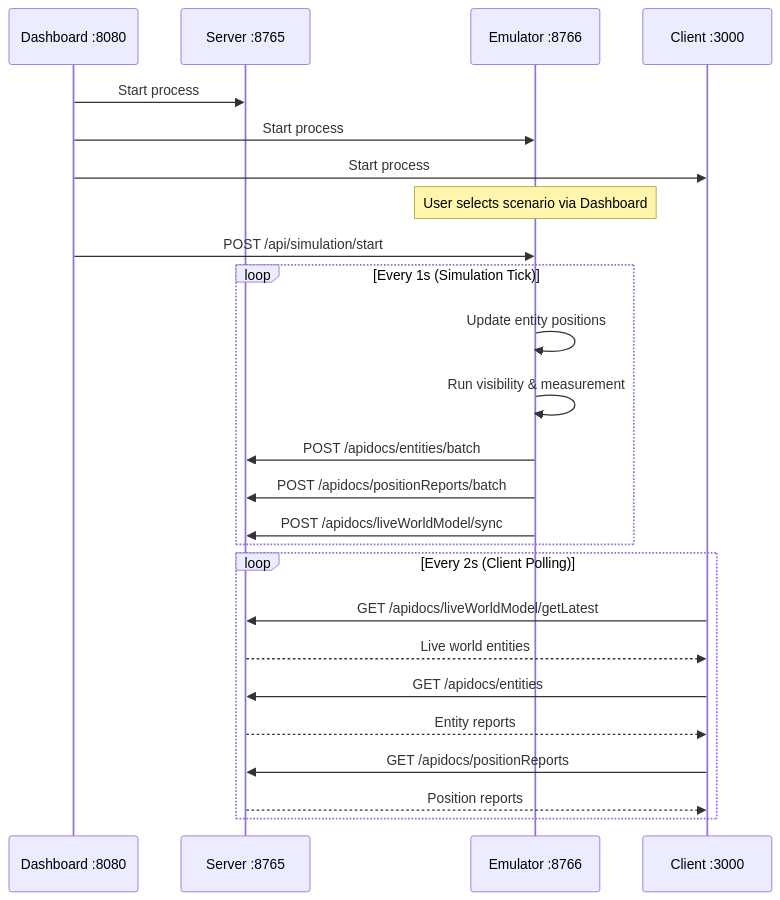
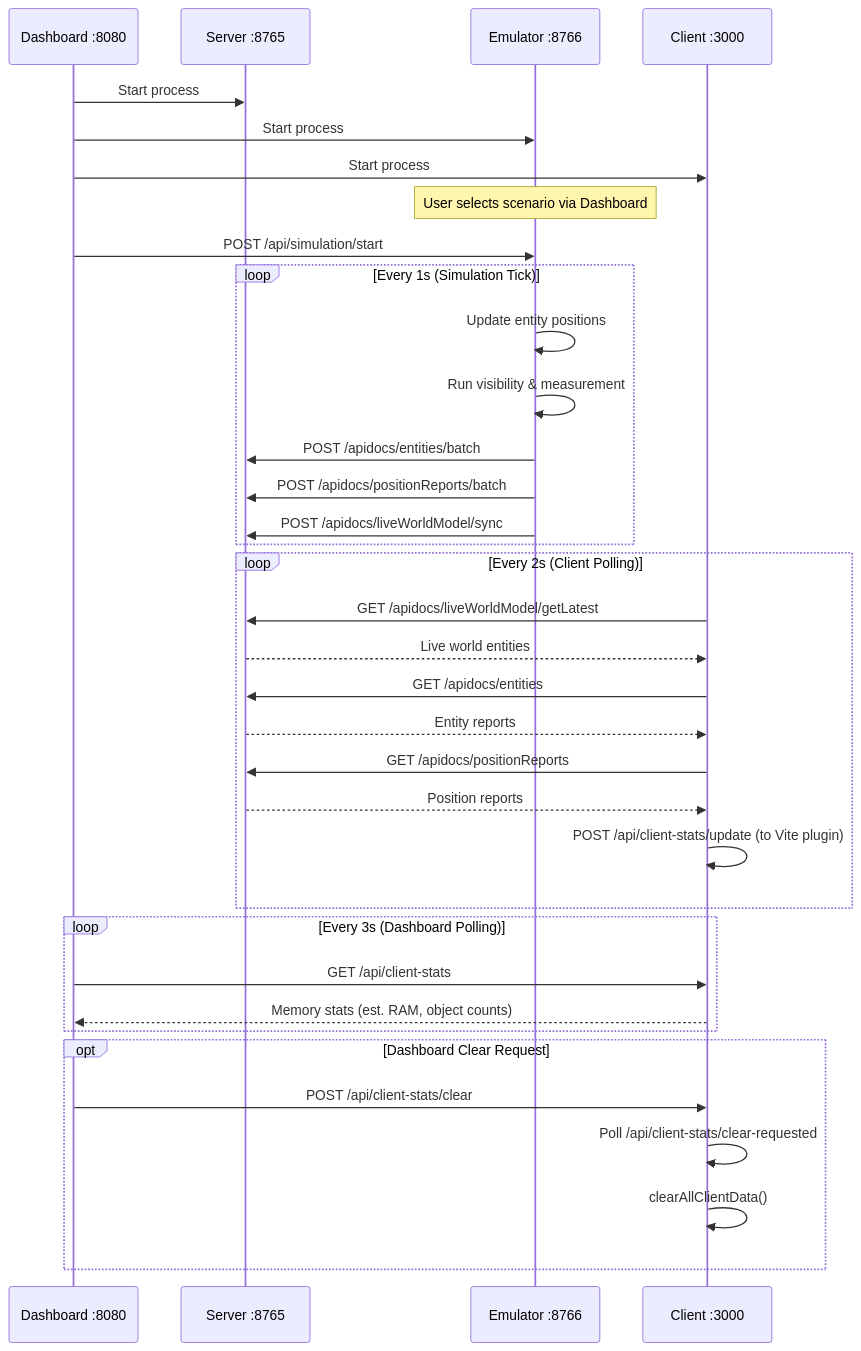
The second of 2 diagrams in docs/system-architecture-diagram.md (ericpauls/disco_workspace), drawn with Mermaid before and after one commit. The commit also changed other lines of this file and 3 other files, not shown here.

First line of the commit message:
feat: Add client stats display and clear controls to dashboard

````diff
--- a/docs/system-architecture-diagram.md
+++ b/docs/system-architecture-diagram.md
@@ -76,32 +78,44 @@
 ```mermaid
 sequenceDiagram
     participant D as Dashboard :8080
     participant S as Server :8765
     participant E as Emulator :8766
     participant C as Client :3000
 
     D->>S: Start process
     D->>E: Start process
     D->>C: Start process
 
     Note over E: User selects scenario via Dashboard
     D->>E: POST /api/simulation/start
 
     loop Every 1s (Simulation Tick)
         E->>E: Update entity positions
         E->>E: Run visibility & measurement
 
         E->>S: POST /apidocs/entities/batch
         E->>S: POST /apidocs/positionReports/batch
         E->>S: POST /apidocs/liveWorldModel/sync
     end
 
     loop Every 2s (Client Polling)
         C->>S: GET /apidocs/liveWorldModel/getLatest
         S-->>C: Live world entities
         C->>S: GET /apidocs/entities
         S-->>C: Entity reports
         C->>S: GET /apidocs/positionReports
         S-->>C: Position reports
+        C->>C: POST /api/client-stats/update (to Vite plugin)
+    end
+
+    loop Every 3s (Dashboard Polling)
+        D->>C: GET /api/client-stats
+        C-->>D: Memory stats (est. RAM, object counts)
+    end
+
+    opt Dashboard Clear Request
+        D->>C: POST /api/client-stats/clear
+        C->>C: Poll /api/client-stats/clear-requested
+        C->>C: clearAllClientData()
     end
 ```
````
